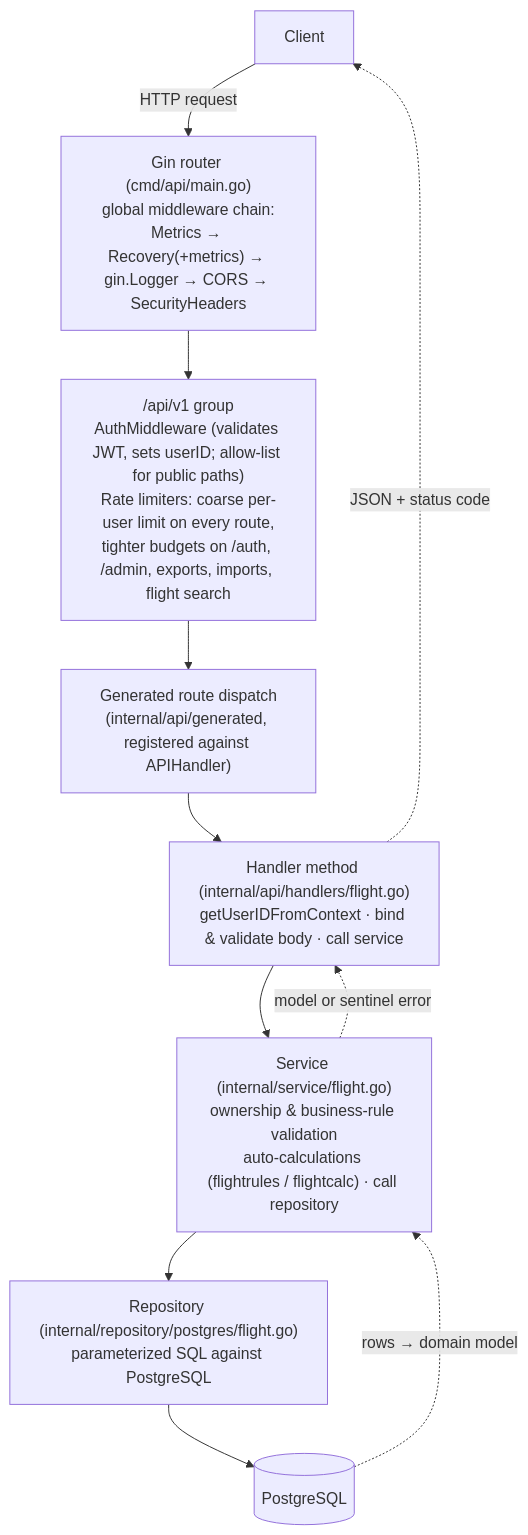
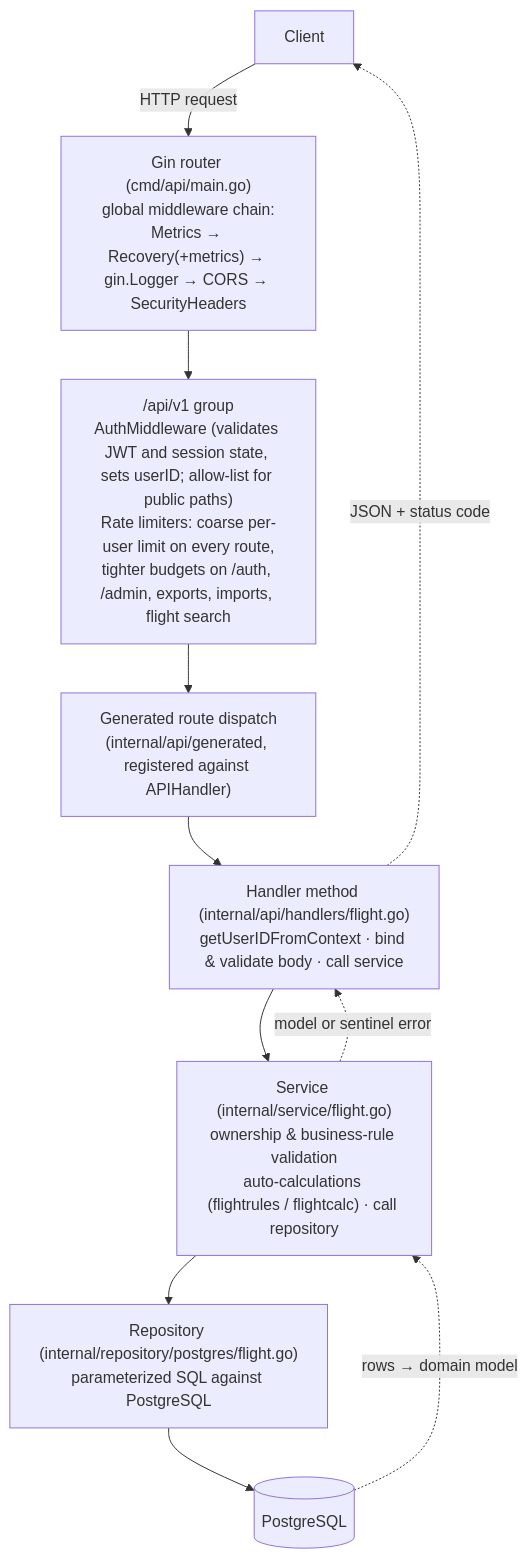
Before and after one commit to fjaeckel/ninerlog-api: the second of 3 diagrams in docs/ARCHITECTURE.md, drawn with Mermaid. The commit also changed other lines of this file and 24 other files, not shown here.

````diff
--- a/docs/ARCHITECTURE.md
+++ b/docs/ARCHITECTURE.md
@@ -41,15 +41,15 @@
 ```mermaid
 flowchart TD
     C[Client] -->|HTTP request| GR
     GR["Gin router (cmd/api/main.go)<br/>global middleware chain:<br/>Metrics → Recovery(+metrics) → gin.Logger → CORS → SecurityHeaders"]
     GR --> G
-    G["/api/v1 group<br/>AuthMiddleware (validates JWT, sets userID; allow-list for public paths)<br/>Rate limiters: coarse per-user limit on every route,<br/>tighter budgets on /auth, /admin, exports, imports, flight search"]
+    G["/api/v1 group<br/>AuthMiddleware (validates JWT and session state, sets userID; allow-list for public paths)<br/>Rate limiters: coarse per-user limit on every route,<br/>tighter budgets on /auth, /admin, exports, imports, flight search"]
     G --> D["Generated route dispatch<br/>(internal/api/generated, registered against APIHandler)"]
     D --> HM["Handler method (internal/api/handlers/flight.go)<br/>getUserIDFromContext · bind & validate body · call service"]
     HM --> SV["Service (internal/service/flight.go)<br/>ownership & business-rule validation<br/>auto-calculations (flightrules / flightcalc) · call repository"]
     SV --> RP["Repository (internal/repository/postgres/flight.go)<br/>parameterized SQL against PostgreSQL"]
     RP --> PG[(PostgreSQL)]
     PG -.->|rows → domain model| SV
     SV -.->|model or sentinel error| HM
     HM -.->|JSON + status code| C
 ```
````
